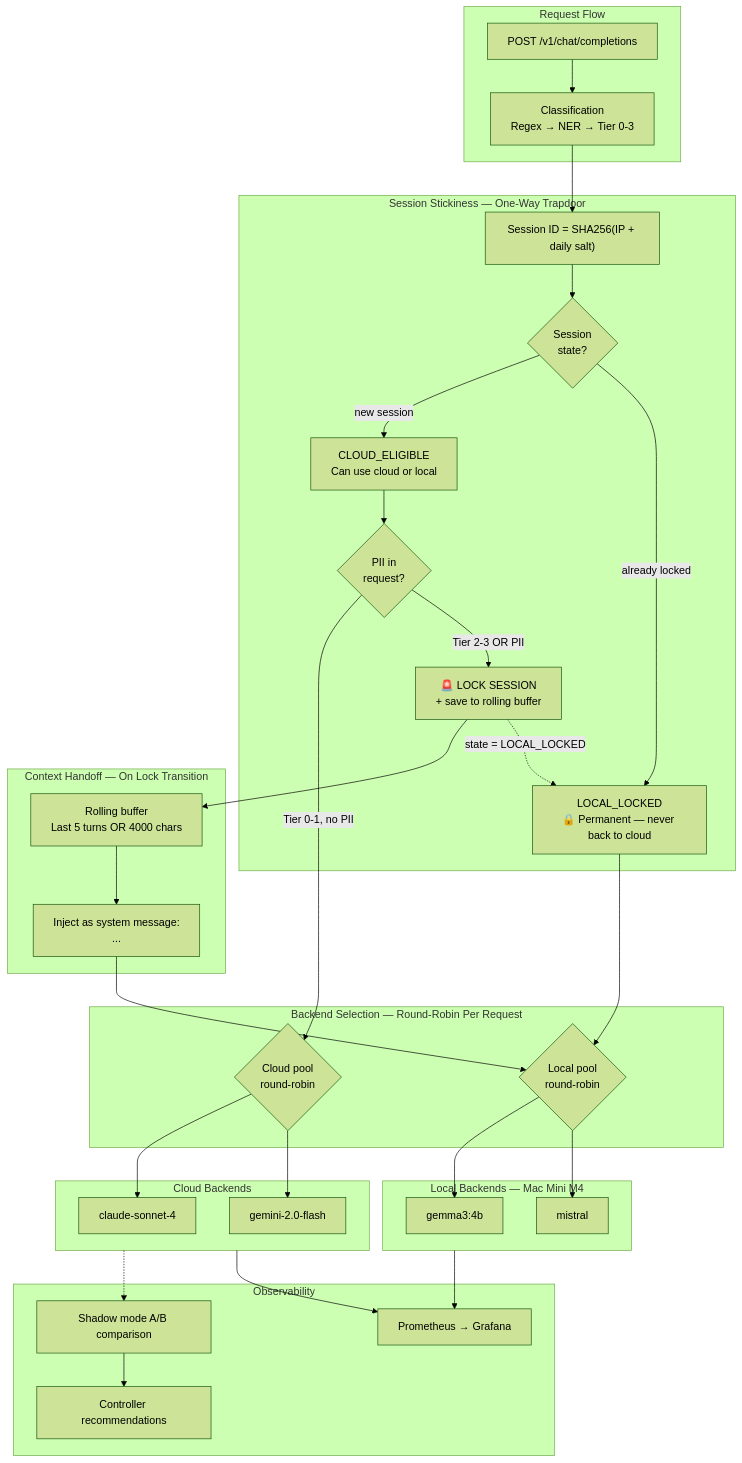
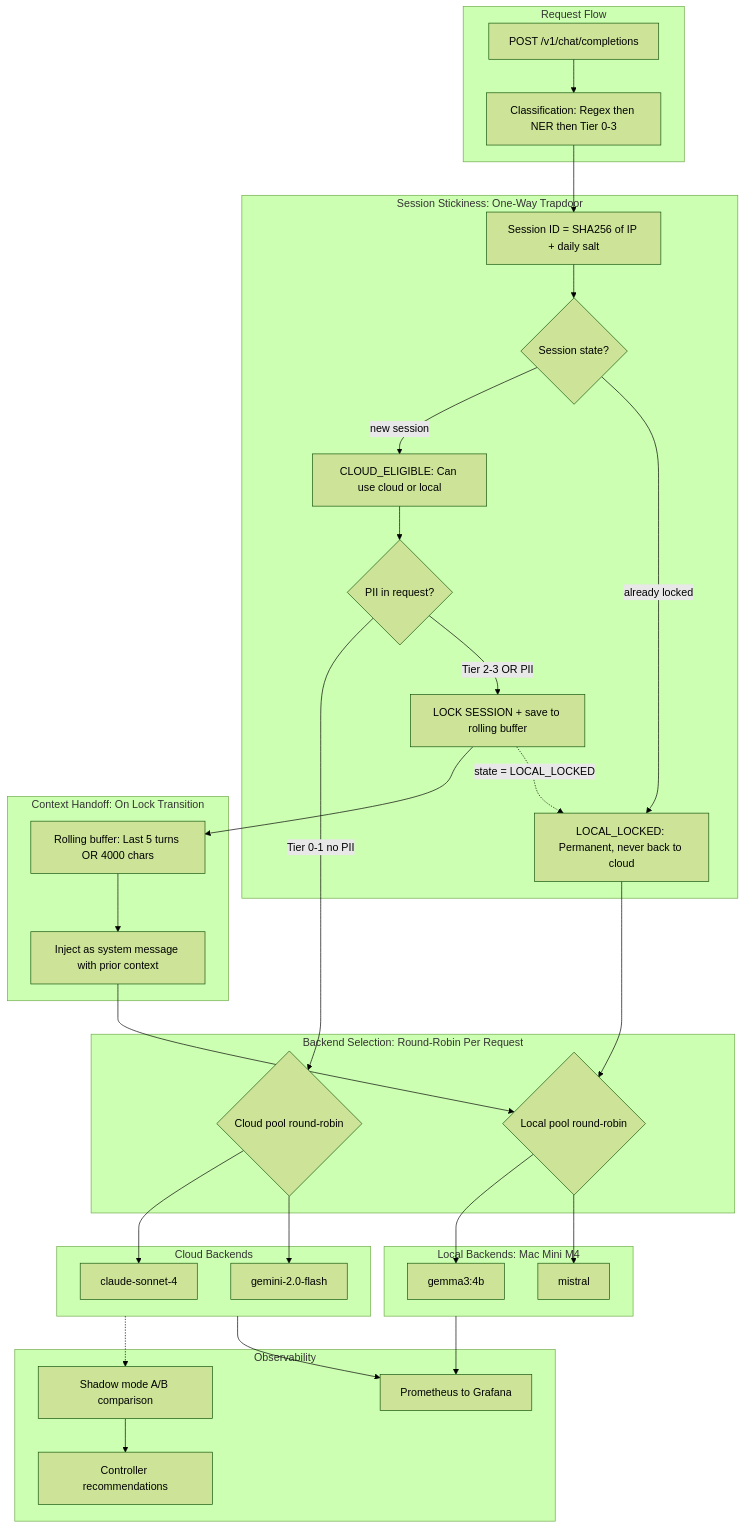
Before and after one commit to kraghavan/kraghavan.github.io: the diagram in _posts/2026-03-20-inference-sentinel-architecture.md, drawn with Mermaid (forest theme).

Commit message:
main: fixing mermaid

```diff
--- a/_posts/2026-03-20-inference-sentinel-architecture.md
+++ b/_posts/2026-03-20-inference-sentinel-architecture.md
@@ -102,56 +102,64 @@
 <div class="mermaid">
 flowchart TB
     subgraph INPUT["Request Flow"]
         REQ["POST /v1/chat/completions"]
-        CLASSIFY["Classification<br/>Regex → NER → Tier 0-3"]
+        CLASSIFY["Classification: Regex then NER then Tier 0-3"]
     end
 
-    subgraph SESSION["Session Stickiness — One-Way Trapdoor"]
-        SID["Session ID = SHA256(IP + daily salt)"]
-        CHECK{"Session<br/>state?"}
-        ELIGIBLE["CLOUD_ELIGIBLE<br/>Can use cloud or local"]
-        LOCKED["LOCAL_LOCKED<br/>🔒 Permanent — never back to cloud"]
-        PII{"PII in<br/>request?"}
-        LOCK_ACTION["🚨 LOCK SESSION<br/>+ save to rolling buffer"]
+    subgraph SESSION["Session Stickiness: One-Way Trapdoor"]
+        SID["Session ID = SHA256 of IP + daily salt"]
+        CHECK{"Session state?"}
+        ELIGIBLE["CLOUD_ELIGIBLE: Can use cloud or local"]
+        LOCKED["LOCAL_LOCKED: Permanent, never back to cloud"]
+        PII{"PII in request?"}
+        LOCK_ACTION["LOCK SESSION + save to rolling buffer"]
     end
 
-    subgraph HANDOFF["Context Handoff — On Lock Transition"]
-        BUFFER["Rolling buffer<br/>Last 5 turns OR 4000 chars"]
-        INJECT["Inject as system message:<br/>&lt;prior_context&gt;...&lt;/prior_context&gt;"]
+    subgraph HANDOFF["Context Handoff: On Lock Transition"]
+        BUFFER["Rolling buffer: Last 5 turns OR 4000 chars"]
+        INJECT["Inject as system message with prior context"]
     end
 
-    subgraph ROUTING["Backend Selection — Round-Robin Per Request"]
-        CLOUD_RR{"Cloud pool<br/>round-robin"}
-        LOCAL_RR{"Local pool<br/>round-robin"}
+    subgraph ROUTING["Backend Selection: Round-Robin Per Request"]
+        CLOUD_RR{"Cloud pool round-robin"}
+        LOCAL_RR{"Local pool round-robin"}
     end
 
     subgraph CLOUD["Cloud Backends"]
         ANTHROPIC["claude-sonnet-4"]
         GOOGLE["gemini-2.0-flash"]
     end
 
-    subgraph LOCAL["Local Backends — Mac Mini M4"]
+    subgraph LOCAL["Local Backends: Mac Mini M4"]
         GEMMA["gemma3:4b"]
         MISTRAL["mistral"]
     end
 
     subgraph OBS["Observability"]
         SHADOW["Shadow mode A/B comparison"]
         CTRL["Controller recommendations"]
-        PROM["Prometheus → Grafana"]
+        PROM["Prometheus to Grafana"]
     end
 
-    REQ --> CLASSIFY --> SID --> CHECK
+    REQ --> CLASSIFY
+    CLASSIFY --> SID
+    SID --> CHECK
     CHECK -->|"new session"| ELIGIBLE
     CHECK -->|"already locked"| LOCKED
     ELIGIBLE --> PII
-    PII -->|"Tier 0-1, no PII"| CLOUD_RR
+    PII -->|"Tier 0-1 no PII"| CLOUD_RR
     PII -->|"Tier 2-3 OR PII"| LOCK_ACTION
-    LOCK_ACTION --> BUFFER --> INJECT --> LOCAL_RR
+    LOCK_ACTION --> BUFFER
+    BUFFER --> INJECT
+    INJECT --> LOCAL_RR
     LOCK_ACTION -.->|"state = LOCAL_LOCKED"| LOCKED
     LOCKED --> LOCAL_RR
-    CLOUD_RR --> ANTHROPIC & GOOGLE
-    LOCAL_RR --> GEMMA & MISTRAL
-    CLOUD -.-> SHADOW --> CTRL
-    CLOUD & LOCAL --> PROM
+    CLOUD_RR --> ANTHROPIC
+    CLOUD_RR --> GOOGLE
+    LOCAL_RR --> GEMMA
+    LOCAL_RR --> MISTRAL
+    CLOUD -.-> SHADOW
+    SHADOW --> CTRL
+    CLOUD --> PROM
+    LOCAL --> PROM
 </div>
```
